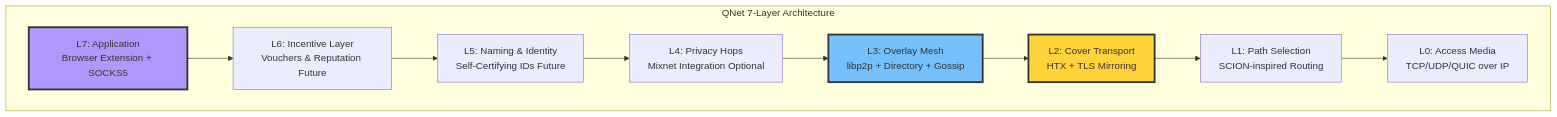
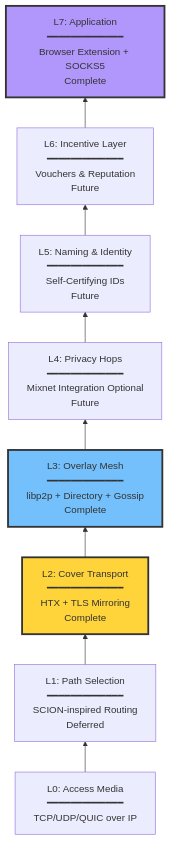
Before and after one commit to QW1CKS/qnet: the first of 13 diagrams in README.md, drawn with Mermaid. The commit also changed other lines of this file, not shown here.

````diff
--- a/README.md
+++ b/README.md
@@ -106,25 +94,23 @@
 ```mermaid
-graph TB
-    subgraph "QNet 7-Layer Architecture"
-        L7[L7: Application<br/>Browser Extension + SOCKS5]
-        L6[L6: Incentive Layer<br/>Vouchers & Reputation Future]
-        L5[L5: Naming & Identity<br/>Self-Certifying IDs Future]
-        L4[L4: Privacy Hops<br/>Mixnet Integration Optional]
-        L3[L3: Overlay Mesh<br/>libp2p + Directory + Gossip]
-        L2[L2: Cover Transport<br/>HTX + TLS Mirroring]
-        L1[L1: Path Selection<br/>SCION-inspired Routing]
-        L0[L0: Access Media<br/>TCP/UDP/QUIC over IP]
-    end
+graph BT
+    L0["L0: Access Media<br/>━━━━━━━━━━━━━<br/>TCP/UDP/QUIC over IP"]
+    L1["L1: Path Selection<br/>━━━━━━━━━━━━━<br/>SCION-inspired Routing<br/>Deferred"]
+    L2["L2: Cover Transport<br/>━━━━━━━━━━━━━<br/>HTX + TLS Mirroring<br/>Complete"]
+    L3["L3: Overlay Mesh<br/>━━━━━━━━━━━━━<br/>libp2p + Directory + Gossip<br/>Complete"]
+    L4["L4: Privacy Hops<br/>━━━━━━━━━━━━━<br/>Mixnet Integration Optional<br/>Future"]
+    L5["L5: Naming & Identity<br/>━━━━━━━━━━━━━<br/>Self-Certifying IDs<br/>Future"]
+    L6["L6: Incentive Layer<br/>━━━━━━━━━━━━━<br/>Vouchers & Reputation<br/>Future"]
+    L7["L7: Application<br/>━━━━━━━━━━━━━<br/>Browser Extension + SOCKS5<br/>Complete"]
     
-    L7 --> L6
-    L6 --> L5
-    L5 --> L4
-    L4 --> L3
-    L3 --> L2
-    L2 --> L1
-    L1 --> L0
+    L0 --> L1
+    L1 --> L2
+    L2 --> L3
+    L3 --> L4
+    L4 --> L5
+    L5 --> L6
+    L6 --> L7
     
     style L2 fill:#ffd43b,stroke:#333,stroke-width:3px
     style L3 fill:#74c0fc,stroke:#333,stroke-width:3px
     style L7 fill:#b197fc,stroke:#333,stroke-width:3px
 ```
````
